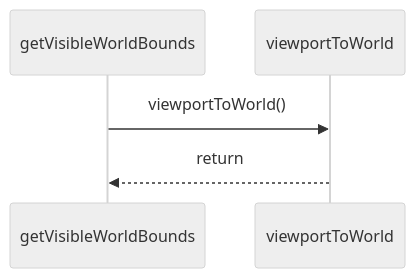
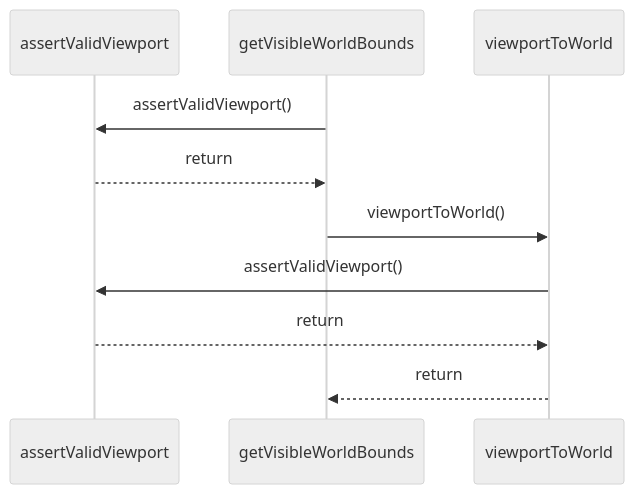
One commit to ankhorage/grid-view changed the diagram in docs/diagrams/sequences/get-visible-world-bounds.mmd. Above: the diagram before and after it, drawn with Mermaid (neutral theme). The commit also changed 18 other files, not shown here.

```diff
--- a/docs/diagrams/sequences/get-visible-world-bounds.mmd
+++ b/docs/diagrams/sequences/get-visible-world-bounds.mmd
@@ -1,5 +1,10 @@
 sequenceDiagram
+  participant participant_assertValidViewport as assertValidViewport
   participant participant_getVisibleWorldBounds as getVisibleWorldBounds
   participant participant_viewportToWorld as viewportToWorld
+  participant_getVisibleWorldBounds->>participant_assertValidViewport: assertValidViewport()
+  participant_assertValidViewport-->>participant_getVisibleWorldBounds: return
   participant_getVisibleWorldBounds->>participant_viewportToWorld: viewportToWorld()
+  participant_viewportToWorld->>participant_assertValidViewport: assertValidViewport()
+  participant_assertValidViewport-->>participant_viewportToWorld: return
   participant_viewportToWorld-->>participant_getVisibleWorldBounds: return
```
